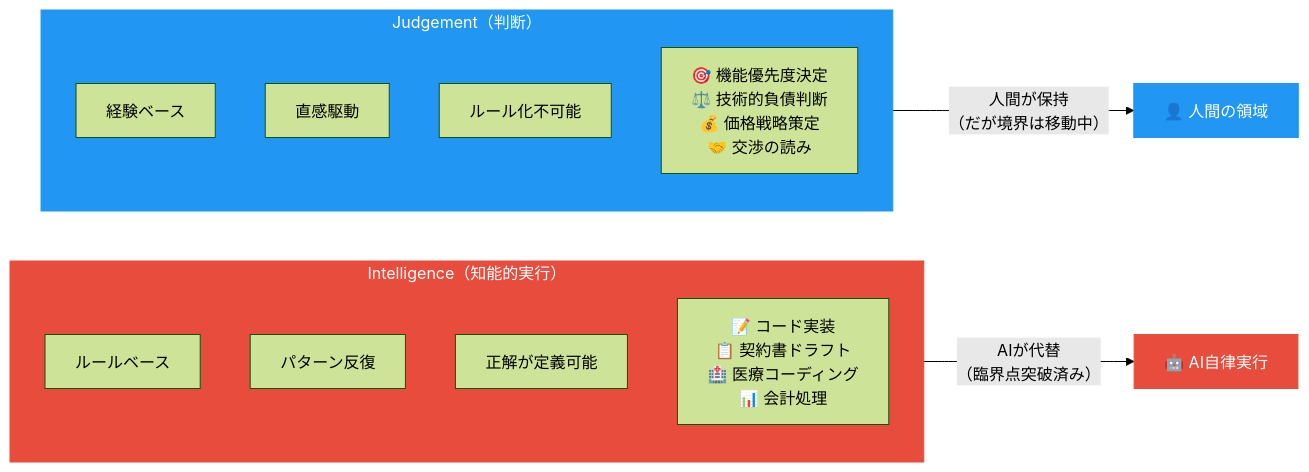
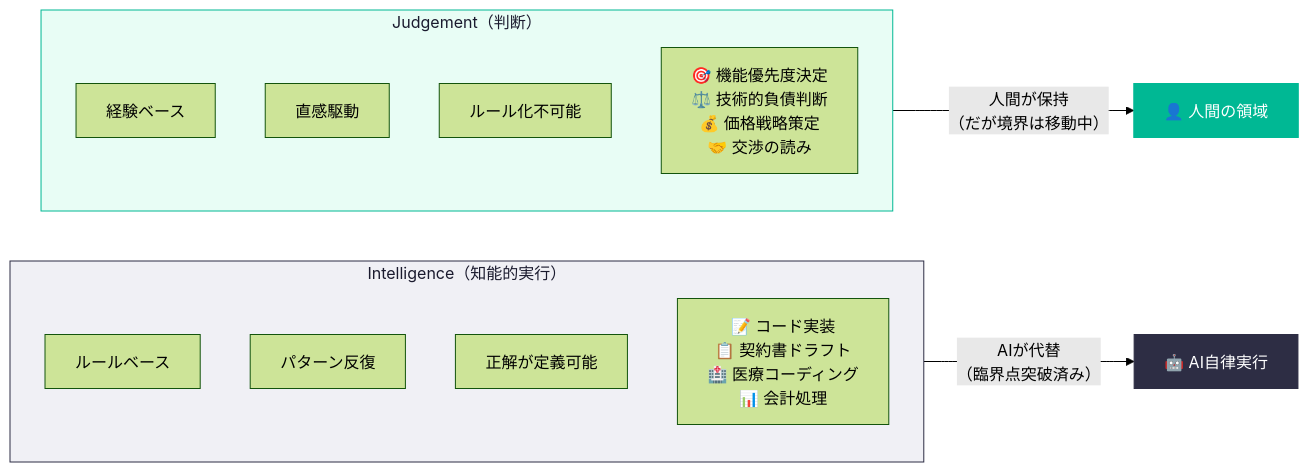
Before and after one commit to Leading-AI-IO/saas-is-dead-the-next-ai-business-model: the fifth of 10 diagrams in docs/jp/saas-is-dead_JP.md, drawn with Mermaid (forest theme). The commit also changed other lines of this file, not shown here.

````diff
--- a/docs/jp/saas-is-dead_JP.md
+++ b/docs/jp/saas-is-dead_JP.md
@@ -413,26 +423,26 @@
 ```mermaid
 flowchart LR
     subgraph INT["Intelligence（知能的実行）"]
         direction TB
         I1["ルールベース"]
         I2["パターン反復"]
         I3["正解が定義可能"]
         I4["📝 コード実装\n📋 契約書ドラフト\n🏥 医療コーディング\n📊 会計処理"]
     end
 
     subgraph JDG["Judgement（判断）"]
         direction TB
         J1["経験ベース"]
         J2["直感駆動"]
         J3["ルール化不可能"]
         J4["🎯 機能優先度決定\n⚖️ 技術的負債判断\n💰 価格戦略策定\n🤝 交渉の読み"]
     end
 
     INT -- "AIが代替\n（臨界点突破済み）" --> REPLACED["🤖 AI自律実行"]
     JDG -- "人間が保持\n（だが境界は移動中）" --> HUMAN["👤 人間の領域"]
 
-    style INT fill:#e74c3c,stroke:#e74c3c,color:#fff
-    style JDG fill:#2196F3,stroke:#2196F3,color:#fff
-    style REPLACED fill:#e74c3c,stroke:#e74c3c,color:#fff
-    style HUMAN fill:#2196F3,stroke:#2196F3,color:#fff
+    style INT fill:#f0f0f5,stroke:#2d2d44,color:#1a1a2e
+    style JDG fill:#e8fdf5,stroke:#00b894,color:#1a1a2e
+    style REPLACED fill:#2d2d44,stroke:#2d2d44,color:#fff
+    style HUMAN fill:#00b894,stroke:#00b894,color:#fff
 ```
````
